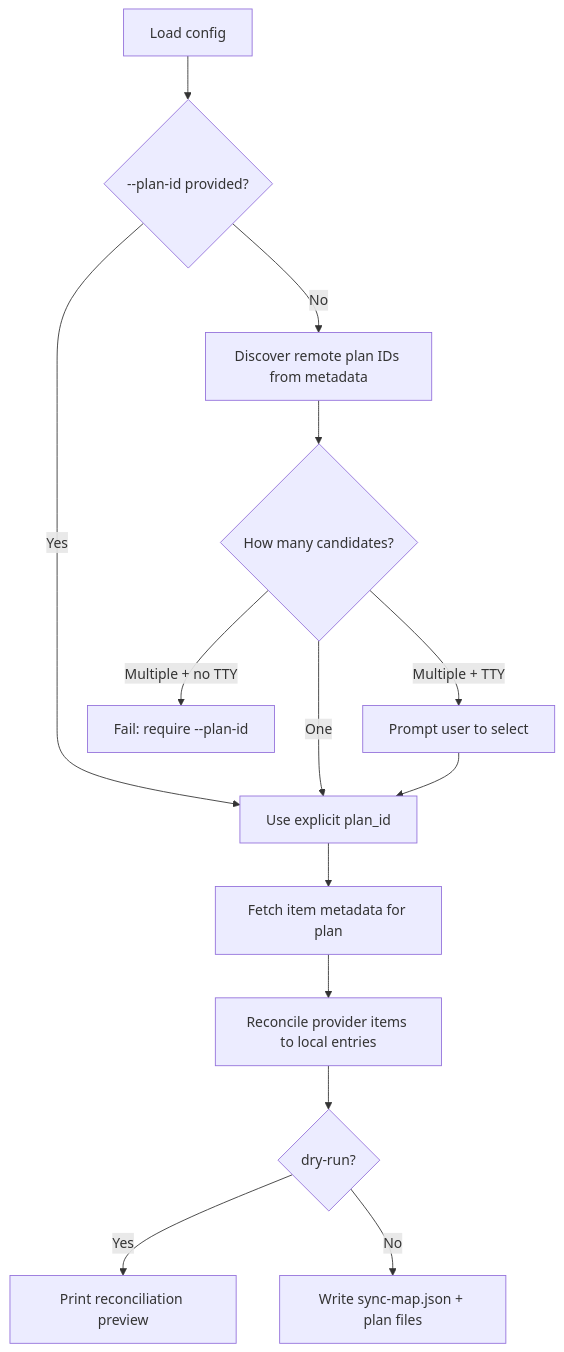
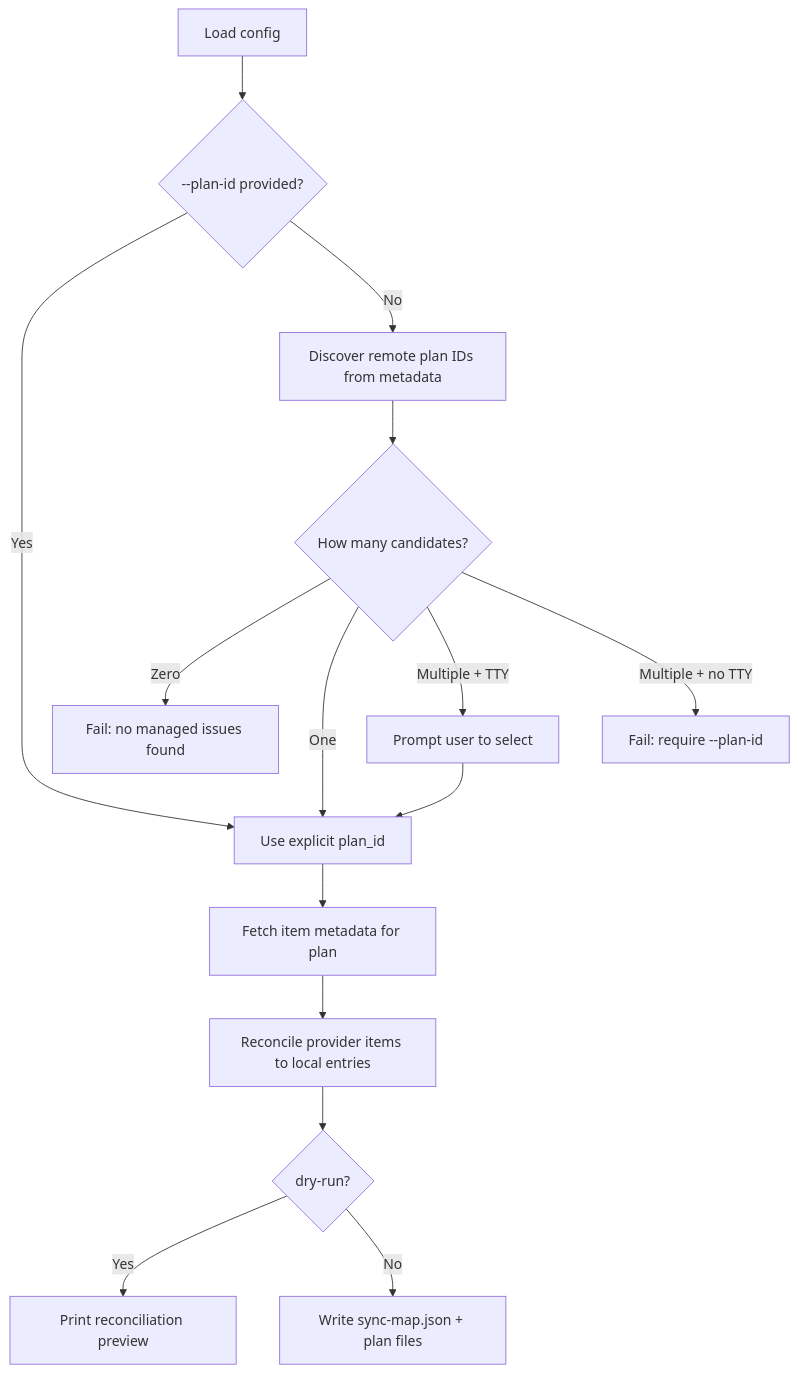
The third of 3 diagrams in docs/how-it-works.md (aryeko/planpilot), drawn with Mermaid before and after one commit. The commit also changed other lines of this file, not shown here.

First line of the commit message:
fix(docs): fix clean diagram order and add map sync zero-candidates case

````diff
--- a/docs/how-it-works.md
+++ b/docs/how-it-works.md
@@ -68,16 +68,17 @@
 ```mermaid
 flowchart TD
     A[Load config] --> B{--plan-id provided?}
     B -- Yes --> D[Use explicit plan_id]
     B -- No --> C[Discover remote plan IDs from metadata]
     C --> E{How many candidates?}
+    E -- Zero --> M[Fail: no managed issues found]
     E -- One --> D
     E -- Multiple + TTY --> F[Prompt user to select]
     E -- Multiple + no TTY --> G[Fail: require --plan-id]
     F --> D
     D --> H[Fetch item metadata for plan]
     H --> I[Reconcile provider items to local entries]
     I --> J{dry-run?}
     J -- Yes --> K[Print reconciliation preview]
     J -- No --> L[Write sync-map.json + plan files]
 ```
````
